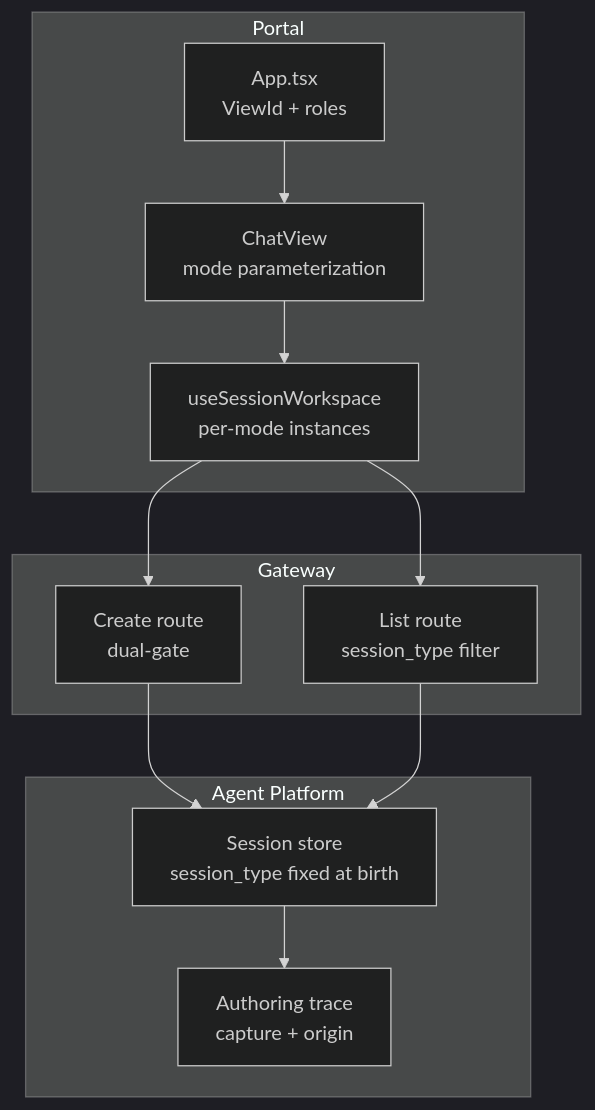
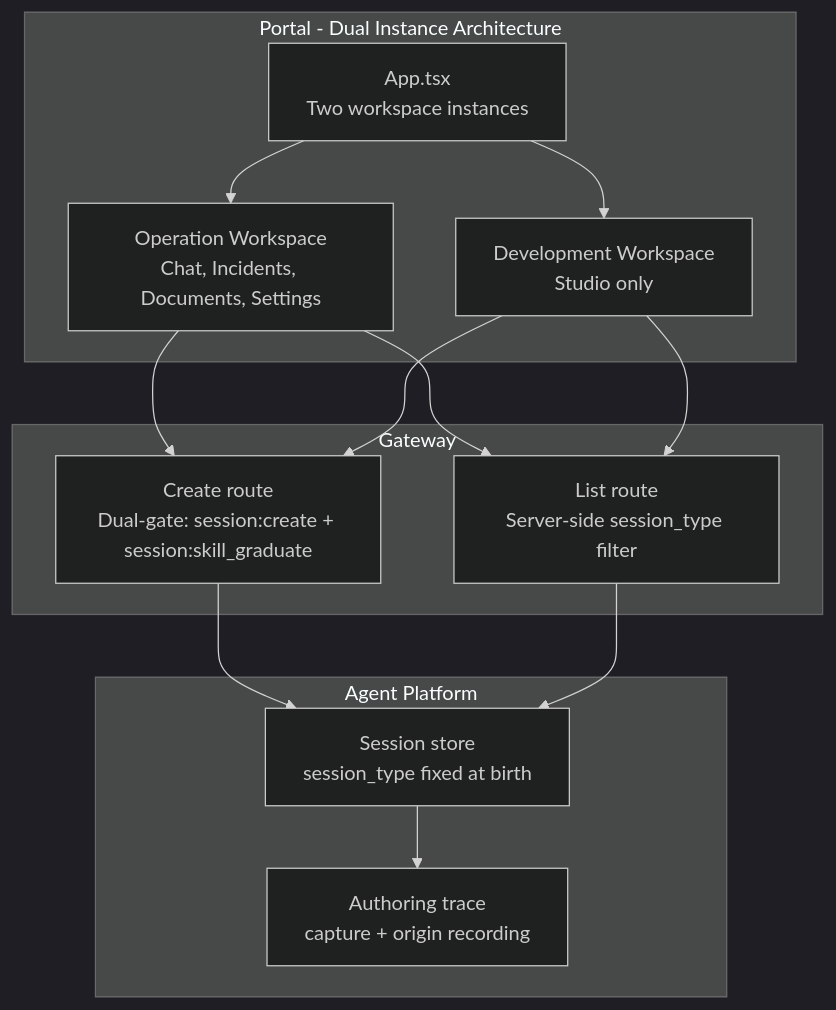
One commit to metasync/luban-aiops changed the first of 8 diagrams in .qoder/repowiki/en/content/Getting Started/Studio Guide.md. Above: the diagram before and after it, drawn with Mermaid (dark theme). The commit also changed other lines of this file and 4 other files, not shown here.

````diff
--- a/.qoder/repowiki/en/content/Getting Started/Studio Guide.md
+++ b/.qoder/repowiki/en/content/Getting Started/Studio Guide.md
@@ -41,23 +54,25 @@
 ```mermaid
 graph TB
-subgraph "Portal"
-P_App["App.tsx<br/>ViewId + roles"]
-P_View["ChatView<br/>mode parameterization"]
-P_Workspace["useSessionWorkspace<br/>per-mode instances"]
+subgraph "Portal - Dual Instance Architecture"
+P_App["App.tsx<br/>Two workspace instances"]
+P_OpInst["Operation Workspace<br/>Chat, Incidents, Documents, Settings"]
+P_DevInst["Development Workspace<br/>Studio only"]
 end
 subgraph "Gateway"
-G_Create["Create route<br/>dual-gate"]
-G_List["List route<br/>session_type filter"]
+G_Create["Create route<br/>Dual-gate: session:create + session:skill_graduate"]
+G_List["List route<br/>Server-side session_type filter"]
 end
 subgraph "Agent Platform"
 A_Session["Session store<br/>session_type fixed at birth"]
-A_Trace["Authoring trace<br/>capture + origin"]
+A_Trace["Authoring trace<br/>capture + origin recording"]
 end
-P_App --> P_View
-P_View --> P_Workspace
-P_Workspace --> G_Create
-P_Workspace --> G_List
+P_App --> P_OpInst
+P_App --> P_DevInst
+P_OpInst --> G_Create
+P_DevInst --> G_Create
+P_OpInst --> G_List
+P_DevInst --> G_List
 G_Create --> A_Session
 G_List --> A_Session
 A_Session --> A_Trace
 ```
````
